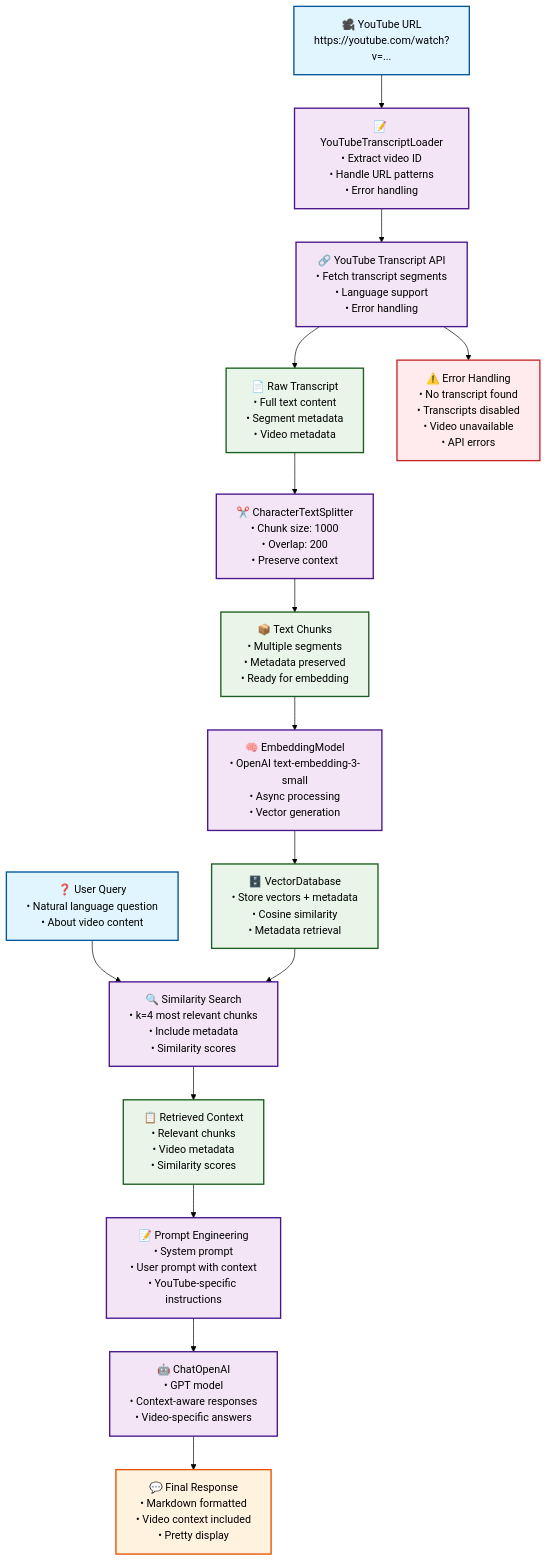
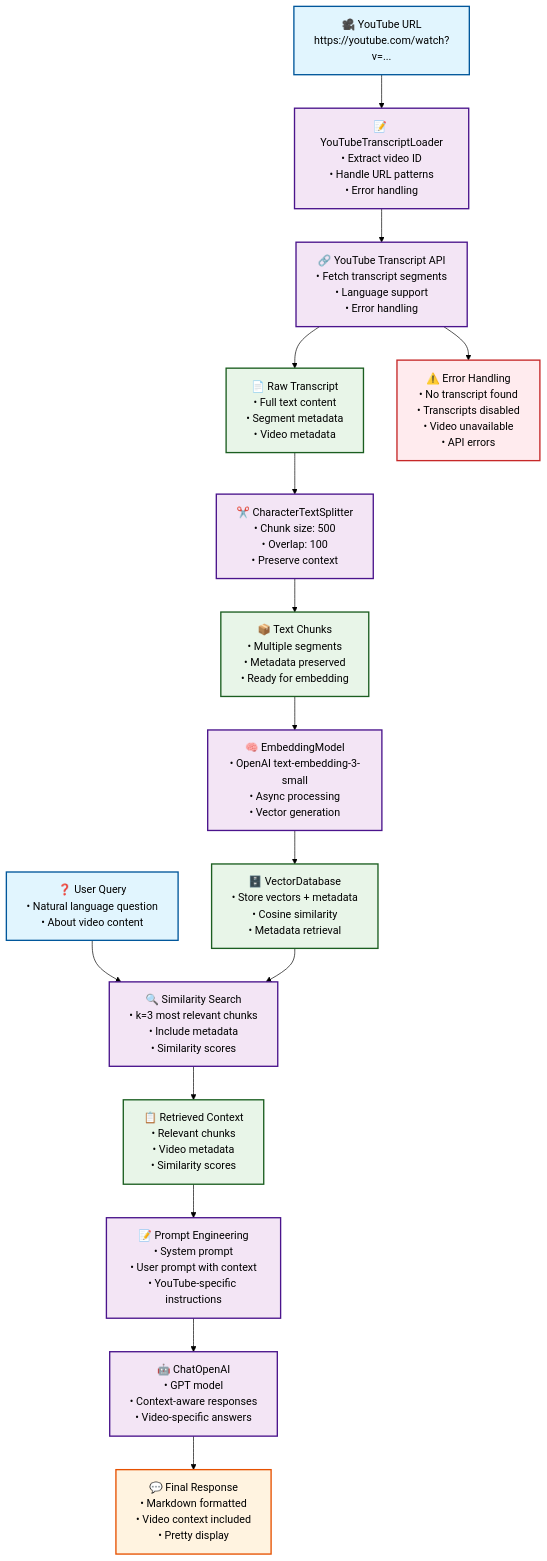
Before and after one commit to anilsharmay/AI-Engineering-Bootcamp: the diagram in 02_Embeddings_and_RAG/YouTube_RAG_Architecture.md, drawn with Mermaid (forest theme).

Commit message:
Fix diagram: correct chunk size (500), overlap (100), and k value (3)

````diff
--- a/02_Embeddings_and_RAG/YouTube_RAG_Architecture.md
+++ b/02_Embeddings_and_RAG/YouTube_RAG_Architecture.md
@@ -3,66 +3,66 @@
 ```mermaid
 graph TB
     %% Input Layer
     YT_URL["🎥 YouTube URL<br/>https://youtube.com/watch?v=..."]
     
     %% YouTube Transcript Processing
     YT_LOADER["📝 YouTubeTranscriptLoader<br/>• Extract video ID<br/>• Handle URL patterns<br/>• Error handling"]
     YT_API["🔗 YouTube Transcript API<br/>• Fetch transcript segments<br/>• Language support<br/>• Error handling"]
     
     %% Text Processing
     TRANSCRIPT["📄 Raw Transcript<br/>• Full text content<br/>• Segment metadata<br/>• Video metadata"]
-    SPLITTER["✂️ CharacterTextSplitter<br/>• Chunk size: 1000<br/>• Overlap: 200<br/>• Preserve context"]
+    SPLITTER["✂️ CharacterTextSplitter<br/>• Chunk size: 500<br/>• Overlap: 100<br/>• Preserve context"]
     CHUNKS["📦 Text Chunks<br/>• Multiple segments<br/>• Metadata preserved<br/>• Ready for embedding"]
     
     %% Vector Database
     EMBEDDING["🧠 EmbeddingModel<br/>• OpenAI text-embedding-3-small<br/>• Async processing<br/>• Vector generation"]
     VECTOR_DB["🗄️ VectorDatabase<br/>• Store vectors + metadata<br/>• Cosine similarity<br/>• Metadata retrieval"]
     
     %% RAG Pipeline
     USER_QUERY["❓ User Query<br/>• Natural language question<br/>• About video content"]
-    RETRIEVAL["🔍 Similarity Search<br/>• k=4 most relevant chunks<br/>• Include metadata<br/>• Similarity scores"]
+    RETRIEVAL["🔍 Similarity Search<br/>• k=3 most relevant chunks<br/>• Include metadata<br/>• Similarity scores"]
     CONTEXT["📋 Retrieved Context<br/>• Relevant chunks<br/>• Video metadata<br/>• Similarity scores"]
     
     %% LLM Processing
     PROMPTS["📝 Prompt Engineering<br/>• System prompt<br/>• User prompt with context<br/>• YouTube-specific instructions"]
     LLM["🤖 ChatOpenAI<br/>• GPT model<br/>• Context-aware responses<br/>• Video-specific answers"]
     
     %% Output
     RESPONSE["💬 Final Response<br/>• Markdown formatted<br/>• Video context included<br/>• Pretty display"]
     
     %% Error Handling
     ERROR_HANDLING["⚠️ Error Handling<br/>• No transcript found<br/>• Transcripts disabled<br/>• Video unavailable<br/>• API errors"]
     
     %% Flow connections
     YT_URL --> YT_LOADER
     YT_LOADER --> YT_API
     YT_API --> TRANSCRIPT
     YT_API --> ERROR_HANDLING
     
     TRANSCRIPT --> SPLITTER
     SPLITTER --> CHUNKS
     
     CHUNKS --> EMBEDDING
     EMBEDDING --> VECTOR_DB
     
     USER_QUERY --> RETRIEVAL
     VECTOR_DB --> RETRIEVAL
     RETRIEVAL --> CONTEXT
     
     CONTEXT --> PROMPTS
     PROMPTS --> LLM
     LLM --> RESPONSE
     
     %% Styling
     classDef inputClass fill:#e1f5fe,stroke:#01579b,stroke-width:2px
     classDef processClass fill:#f3e5f5,stroke:#4a148c,stroke-width:2px
     classDef storageClass fill:#e8f5e8,stroke:#1b5e20,stroke-width:2px
     classDef outputClass fill:#fff3e0,stroke:#e65100,stroke-width:2px
     classDef errorClass fill:#ffebee,stroke:#c62828,stroke-width:2px
     
     class YT_URL,USER_QUERY inputClass
     class YT_LOADER,YT_API,SPLITTER,EMBEDDING,RETRIEVAL,PROMPTS,LLM processClass
     class TRANSCRIPT,CHUNKS,VECTOR_DB,CONTEXT storageClass
     class RESPONSE outputClass
     class ERROR_HANDLING errorClass
 ```
````
